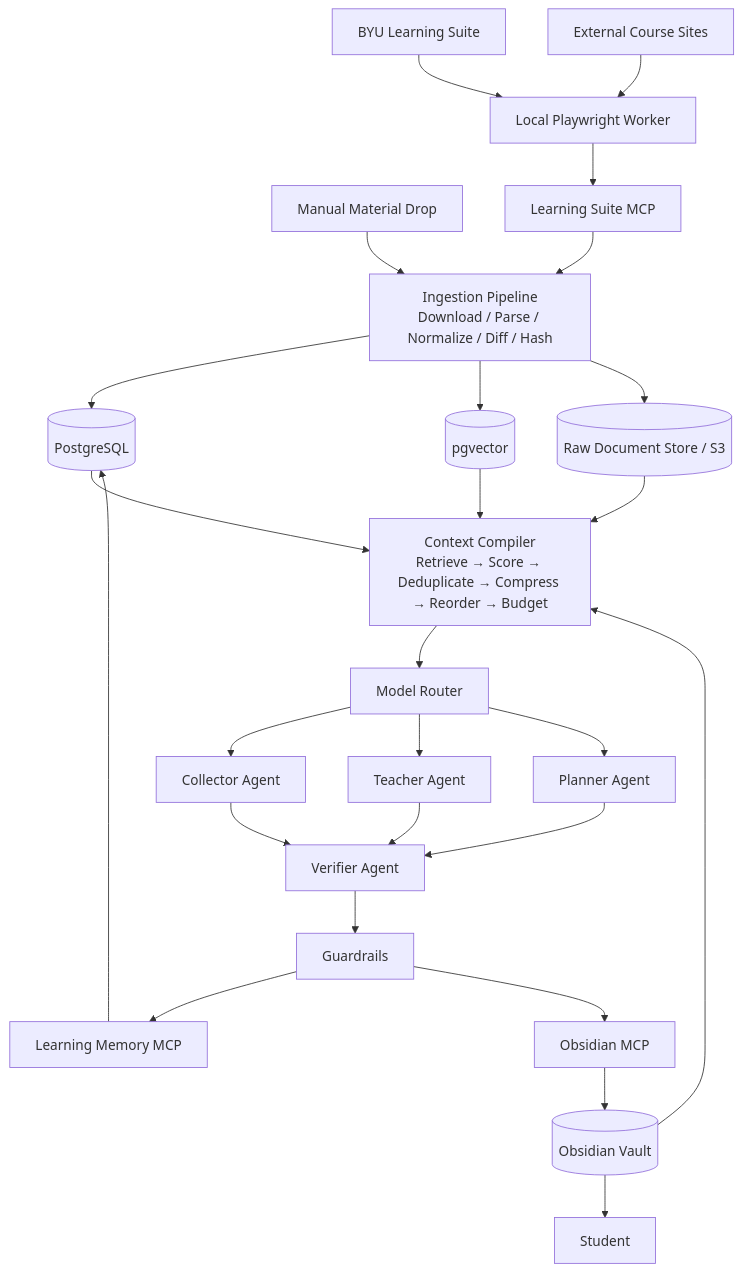
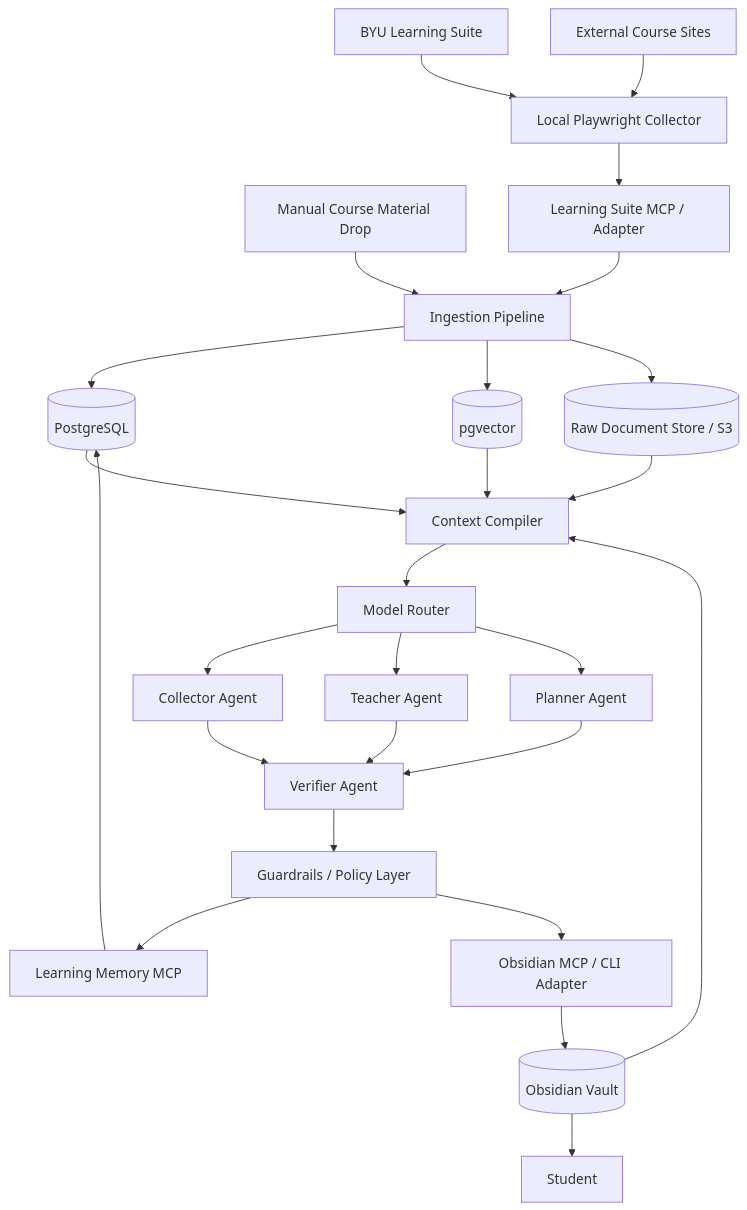
One commit to Riku888/smartee changed the first of 7 diagrams in ARCHITECTURE.md. Above: the diagram before and after it, drawn with Mermaid. The commit also changed other lines of this file and 1 other file, not shown here.

Commit message:
Changed architecture files

````diff
--- a/ARCHITECTURE.md
+++ b/ARCHITECTURE.md
@@ -35,70 +185,60 @@
 ```mermaid
 flowchart TD
-
     LS[BYU Learning Suite]
     EXT[External Course Sites]
-    MANUAL[Manual Material Drop]
+    MANUAL[Manual Course Material Drop]
 
-    PW[Local Playwright Worker]
-    LSMCP[Learning Suite MCP]
-
-    INGEST[Ingestion Pipeline<br/>Download / Parse / Normalize / Diff / Hash]
+    PW[Local Playwright Collector]
+    LSMCP[Learning Suite MCP / Adapter]
+    INGEST[Ingestion Pipeline]
 
     DB[(PostgreSQL)]
-    VECTOR[(pgvector)]
-    S3[(Raw Document Store / S3)]
+    VEC[(pgvector)]
+    OBJ[(Raw Document Store / S3)]
 
-    CTX[Context Compiler<br/>Retrieve → Score → Deduplicate → Compress → Reorder → Budget]
-
+    CTX[Context Compiler]
     ROUTER[Model Router]
 
-    COLLECTOR[Collector Agent]
-    TEACHER[Teacher Agent]
-    PLANNER[Planner Agent]
+    COL[Collector Agent]
+    TEACH[Teacher Agent]
+    PLAN[Planner Agent]
     VERIFY[Verifier Agent]
 
-    GUARD[Guardrails]
-
-    MEMORYMCP[Learning Memory MCP]
-    OBSMCP[Obsidian MCP]
-
+    GUARD[Guardrails / Policy Layer]
+    MEMMCP[Learning Memory MCP]
+    OBSMCP[Obsidian MCP / CLI Adapter]
     OBS[(Obsidian Vault)]
 
     USER[Student]
 
     LS --> PW
     EXT --> PW
     MANUAL --> INGEST
-
     PW --> LSMCP
     LSMCP --> INGEST
 
     INGEST --> DB
-    INGEST --> VECTOR
-    INGEST --> S3
+    INGEST --> VEC
+    INGEST --> OBJ
 
     DB --> CTX
-    VECTOR --> CTX
-    S3 --> CTX
+    VEC --> CTX
+    OBJ --> CTX
     OBS --> CTX
 
     CTX --> ROUTER
+    ROUTER --> COL
+    ROUTER --> TEACH
+    ROUTER --> PLAN
 
-    ROUTER --> COLLECTOR
-    ROUTER --> TEACHER
-    ROUTER --> PLANNER
-
-    COLLECTOR --> VERIFY
-    TEACHER --> VERIFY
-    PLANNER --> VERIFY
+    COL --> VERIFY
+    TEACH --> VERIFY
+    PLAN --> VERIFY
 
     VERIFY --> GUARD
-
-    GUARD --> MEMORYMCP
+    GUARD --> MEMMCP
     GUARD --> OBSMCP
-
-    MEMORYMCP --> DB
+    MEMMCP --> DB
     OBSMCP --> OBS
-
     OBS --> USER
 ```
````
